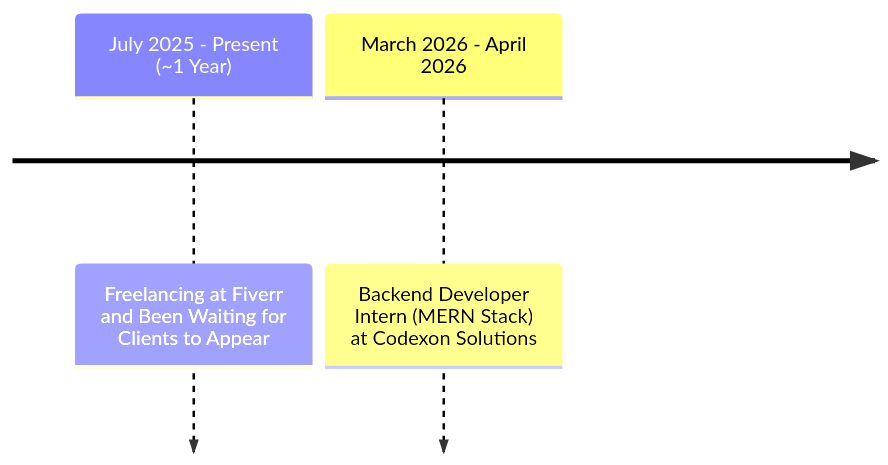
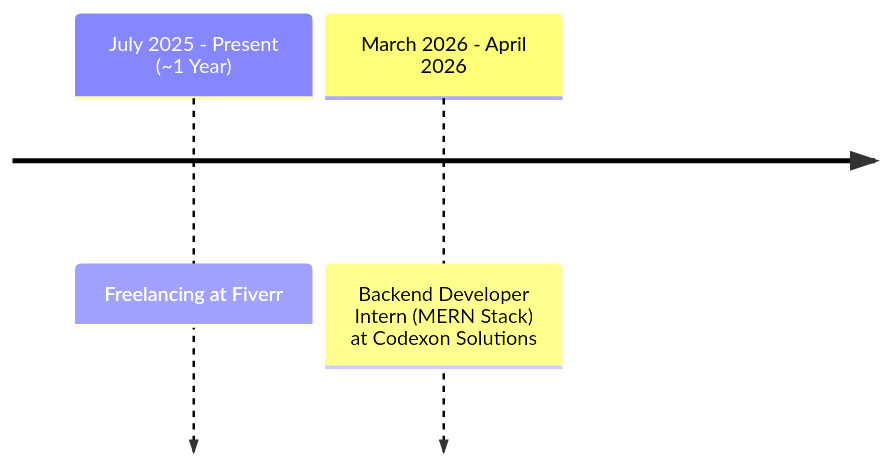
The diagram in README.md (ShahzaibAhmad05/ShahzaibAhmad05), drawn with Mermaid before and after one commit.

Commit message:
minor change in professional journ

````diff
--- a/README.md
+++ b/README.md
@@ -162,5 +162,5 @@
 ```mermaid
 timeline
-    July 2025 - Present (~1 Year) : Freelancing at Fiverr and Been Waiting for Clients to Appear
+    July 2025 - Present (~1 Year) : Freelancing at Fiverr
     March 2026 - April 2026 : Backend Developer Intern (MERN Stack) at Codexon Solutions
 ```
````
